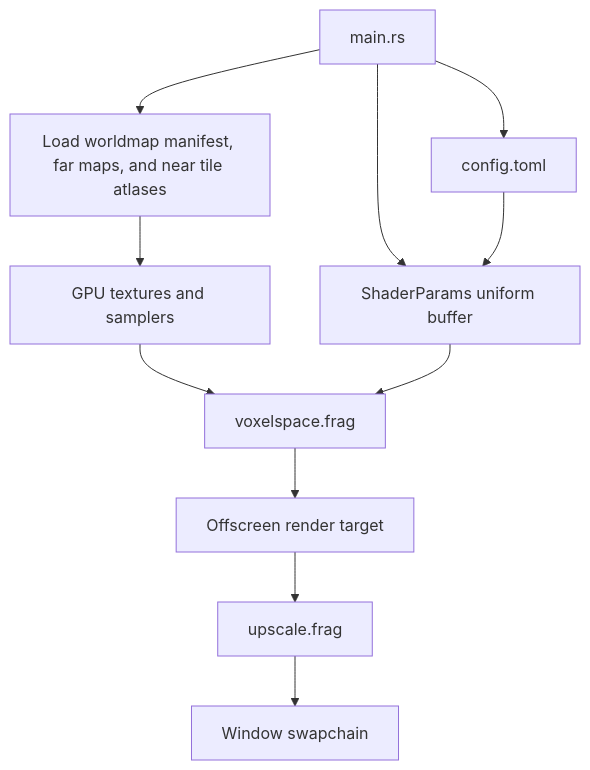
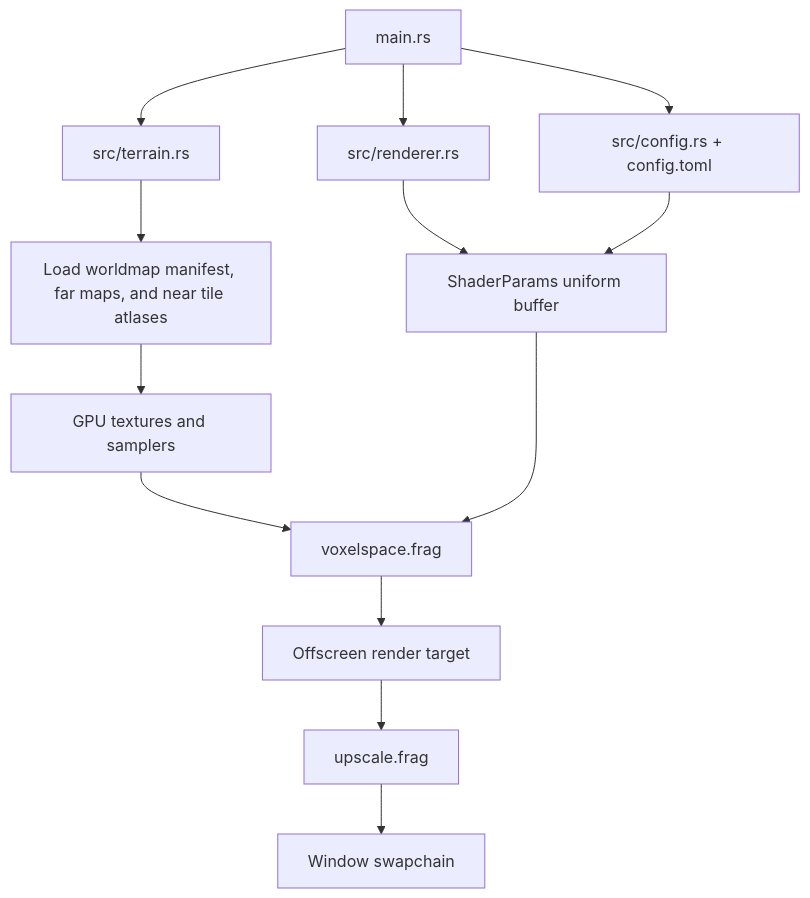
The diagram in docs/terrain-renderer.md (lfdwm/tungsten), drawn with Mermaid before and after one commit. The commit also changed other lines of this file and 5 other files, not shown here.

````diff
--- a/docs/terrain-renderer.md
+++ b/docs/terrain-renderer.md
@@ -14,13 +16,15 @@
 ```mermaid
 flowchart TD
-    CPU[main.rs] --> LoadMaps[Load worldmap manifest, far maps, and near tile atlases]
+    CPU[main.rs] --> Renderer[src/renderer.rs]
+    CPU --> Terrain[src/terrain.rs]
+    Terrain --> LoadMaps[Load worldmap manifest, far maps, and near tile atlases]
     LoadMaps --> GPUTextures[GPU textures and samplers]
-    CPU --> Config[config.toml]
-    CPU --> Uniforms[ShaderParams uniform buffer]
+    CPU --> Config[src/config.rs + config.toml]
+    Renderer --> Uniforms[ShaderParams uniform buffer]
     Config --> Uniforms
     GPUTextures --> TerrainShader[voxelspace.frag]
     Uniforms --> TerrainShader
     TerrainShader --> LowResTarget[Offscreen render target]
     LowResTarget --> Upscale[upscale.frag]
     Upscale --> Swapchain[Window swapchain]
 ```
````
